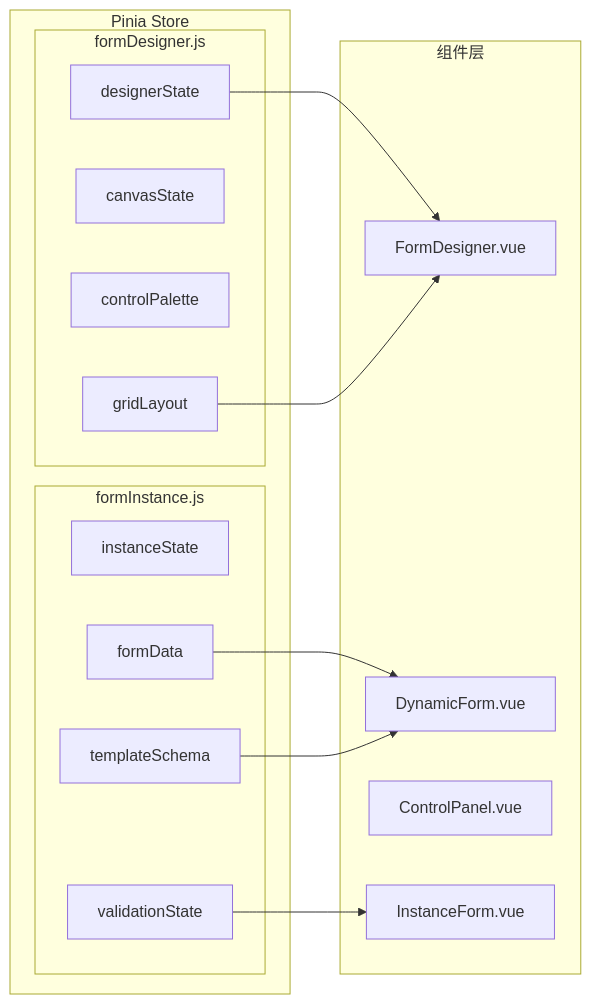
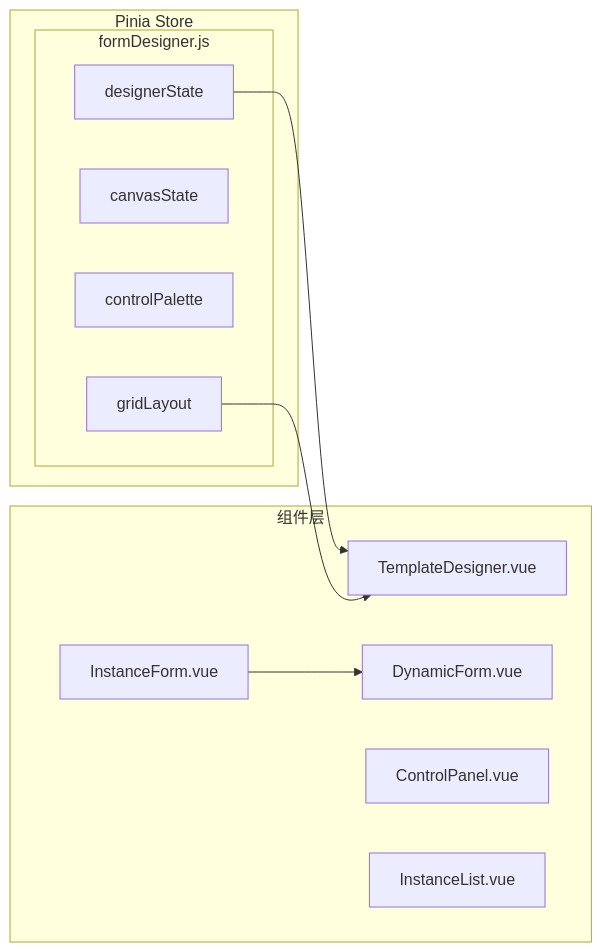
One commit to NJMrLi/genetics changed the sixth of 14 diagrams in .qoder/repowiki/zh/content/前端架构设计/Vue应用结构设计.md. Above: the diagram before and after it, drawn with Mermaid. The commit also changed other lines of this file and 152 other files, not shown here.

````diff
--- a/.qoder/repowiki/zh/content/前端架构设计/Vue应用结构设计.md
+++ b/.qoder/repowiki/zh/content/前端架构设计/Vue应用结构设计.md
@@ -256,28 +285,21 @@
 ```mermaid
 graph LR
 subgraph "Pinia Store"
 subgraph "formDesigner.js"
 DS1[designerState]
 DS2[canvasState]
 DS3[controlPalette]
 DS4[gridLayout]
 end
-subgraph "formInstance.js"
-IS1[instanceState]
-IS2[formData]
-IS3[validationState]
-IS4[templateSchema]
-end
 end
 subgraph "组件层"
-C1[FormDesigner.vue]
+C1[TemplateDesigner.vue]
 C2[DynamicForm.vue]
 C3[ControlPanel.vue]
 C4[InstanceForm.vue]
+C5[InstanceList.vue]
 end
 DS1 --> C1
 DS4 --> C1
-IS2 --> C2
-IS4 --> C2
-IS3 --> C4
+C4 --> C2
 ```
````
